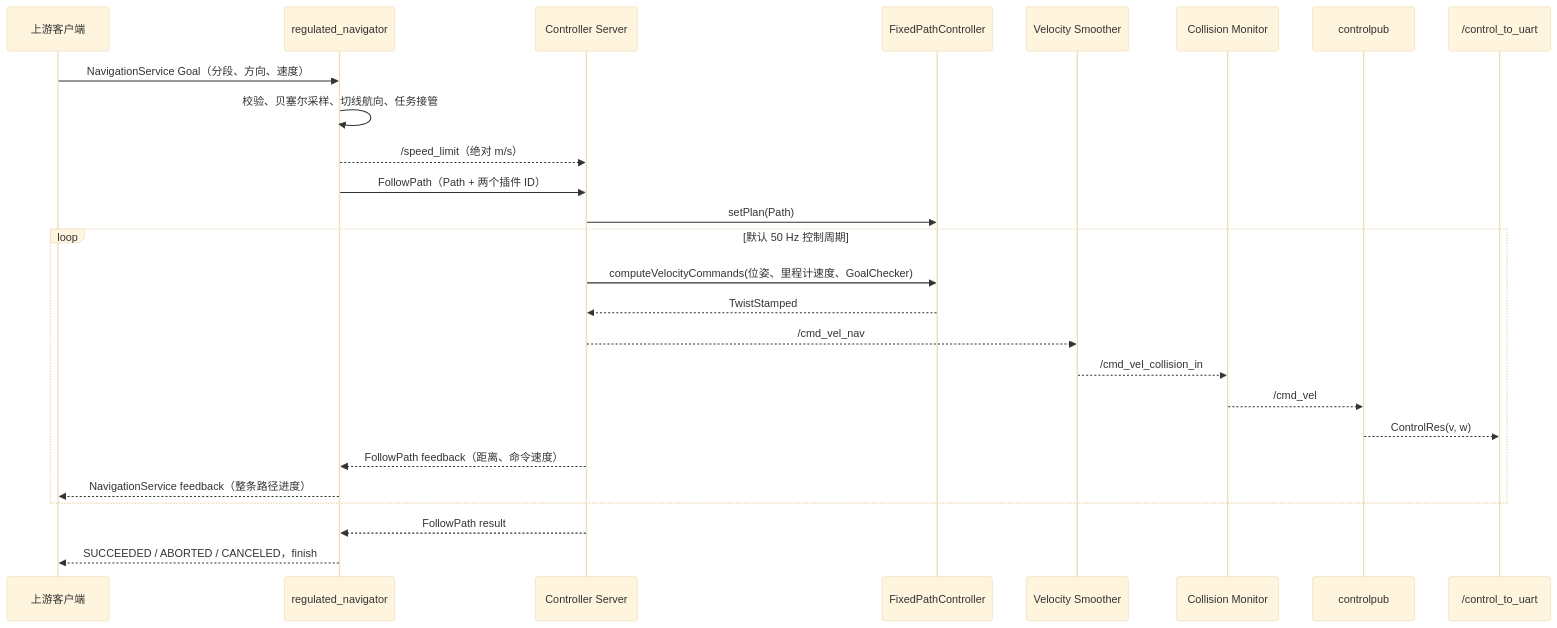
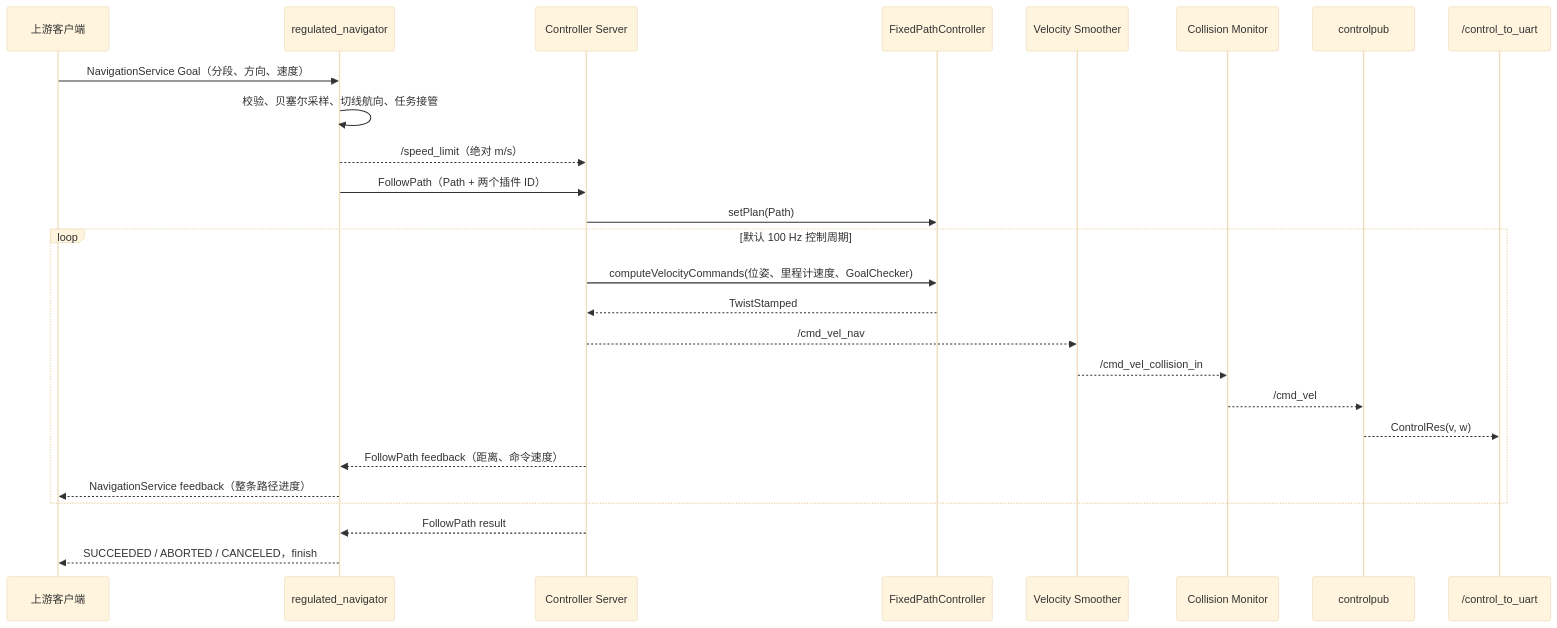
Before and after one commit to sniperfqh/mynavigation2: the second of 4 diagrams in nav2_regulated_modules/doc/fixed_path_architecture.md, drawn with Mermaid (base theme). The commit also changed other lines of this file and 1 other file, not shown here.

````diff
--- a/nav2_regulated_modules/doc/fixed_path_architecture.md
+++ b/nav2_regulated_modules/doc/fixed_path_architecture.md
@@ -83,28 +85,28 @@
 ```mermaid
 sequenceDiagram
   participant U as 上游客户端
   participant N as regulated_navigator
   participant C as Controller Server
   participant F as FixedPathController
   participant V as Velocity Smoother
   participant M as Collision Monitor
   participant P as controlpub
   participant D as /control_to_uart
   U->>N: NavigationService Goal（分段、方向、速度）
   N->>N: 校验、贝塞尔采样、切线航向、任务接管
   N-->>C: /speed_limit（绝对 m/s）
   N->>C: FollowPath（Path + 两个插件 ID）
   C->>F: setPlan(Path)
-  loop 默认 50 Hz 控制周期
+  loop 默认 100 Hz 控制周期
     C->>F: computeVelocityCommands(位姿、里程计速度、GoalChecker)
     F-->>C: TwistStamped
     C-->>V: /cmd_vel_nav
     V-->>M: /cmd_vel_collision_in
     M-->>P: /cmd_vel
     P-->>D: ControlRes(v, w)
     C-->>N: FollowPath feedback（距离、命令速度）
     N-->>U: NavigationService feedback（整条路径进度）
   end
   C-->>N: FollowPath result
   N-->>U: SUCCEEDED / ABORTED / CANCELED，finish
 ```
````
